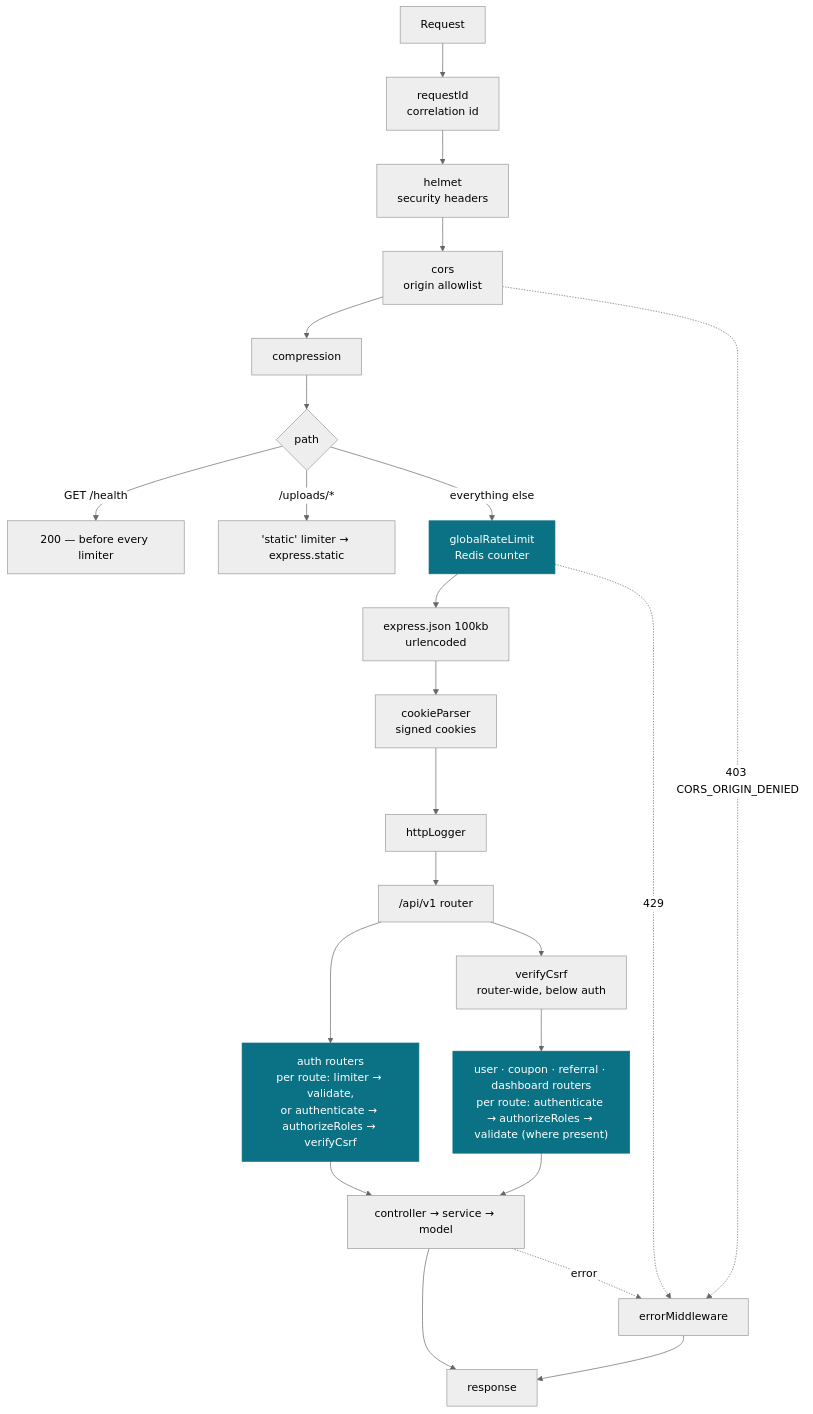
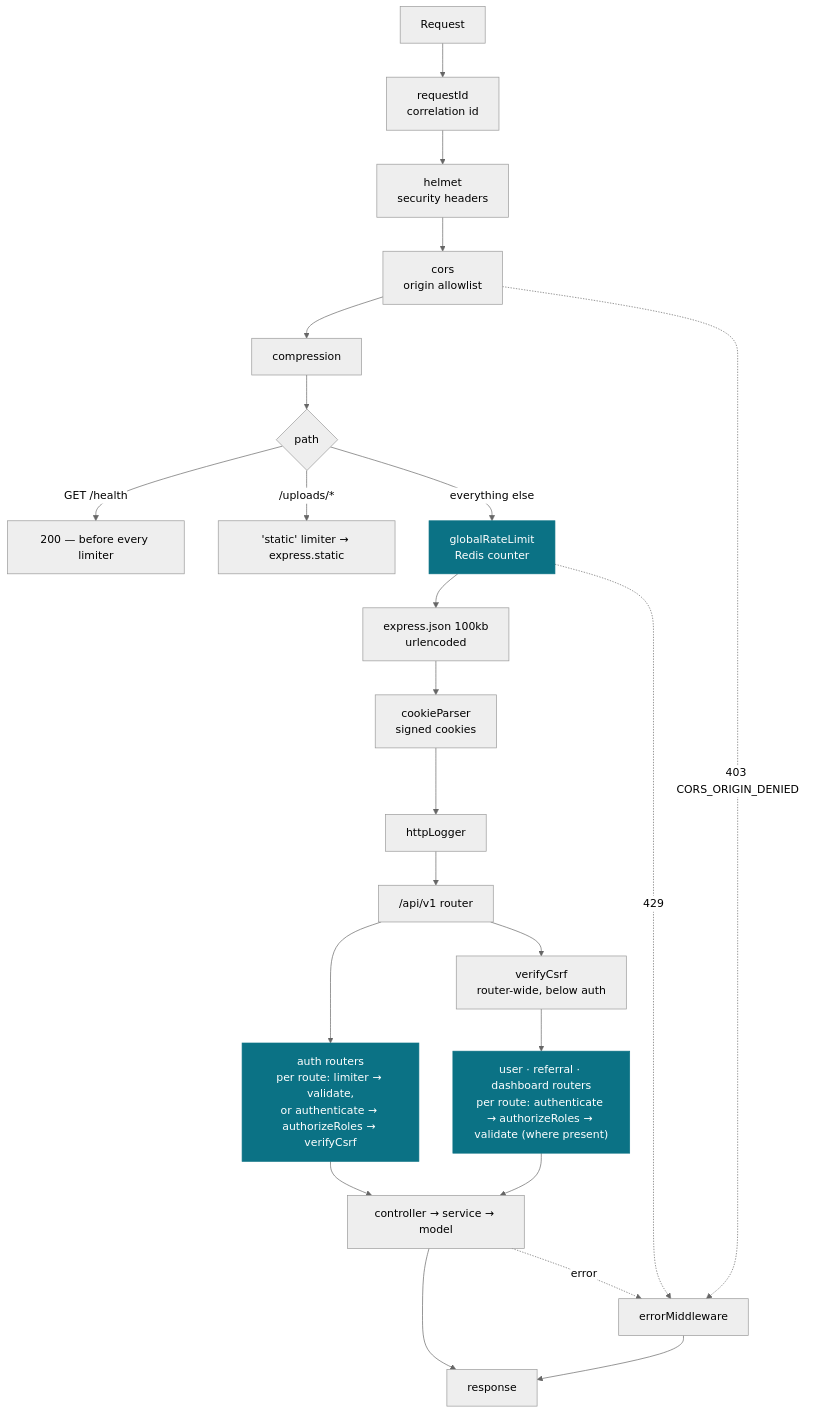
The diagram in docs/platform/README.md (sufyan-devs/init-server-nodejs), drawn with Mermaid (neutral theme) before and after one commit. The commit also changed other lines of this file and 53 other files, not shown here.

````diff
--- a/docs/platform/README.md
+++ b/docs/platform/README.md
@@ -22,28 +22,28 @@
 ```mermaid
 flowchart TD
   IN["Request"] --> RID["requestId<br/>correlation id"]
   RID --> HELM["helmet<br/>security headers"]
   HELM --> CORS["cors<br/>origin allowlist"]
   CORS --> COMP["compression"]
   COMP --> SPLIT{"path"}
   SPLIT -->|"GET /health"| HEALTH["200 — before every limiter"]
   SPLIT -->|"/uploads/*"| STATIC["'static' limiter → express.static"]
   SPLIT -->|"everything else"| RL["globalRateLimit<br/>Redis counter"]
   RL --> BODY["express.json 100kb<br/>urlencoded"]
   BODY --> COOK["cookieParser<br/>signed cookies"]
   COOK --> LOG["httpLogger"]
   LOG --> API["/api/v1 router"]
   API --> AUTHR["auth routers<br/>per route: limiter → validate,<br/>or authenticate → authorizeRoles → verifyCsrf"]
   API --> CSRF["verifyCsrf<br/>router-wide, below auth"]
-  CSRF --> MODR["user · coupon · referral · dashboard routers<br/>per route: authenticate → authorizeRoles → validate (where present)"]
+  CSRF --> MODR["user · referral · dashboard routers<br/>per route: authenticate → authorizeRoles → validate (where present)"]
   AUTHR --> CTRL["controller → service → model"]
   MODR --> CTRL
   CTRL --> OUT["response"]
   CTRL -.->|"error"| ERR["errorMiddleware"]
   RL -.->|"429"| ERR
   CORS -.->|"403 CORS_ORIGIN_DENIED"| ERR
   ERR --> OUT
 
   classDef hot fill:#0b7285,stroke:#0b7285,color:#fff
   class RL,AUTHR,MODR hot
 ```
````
